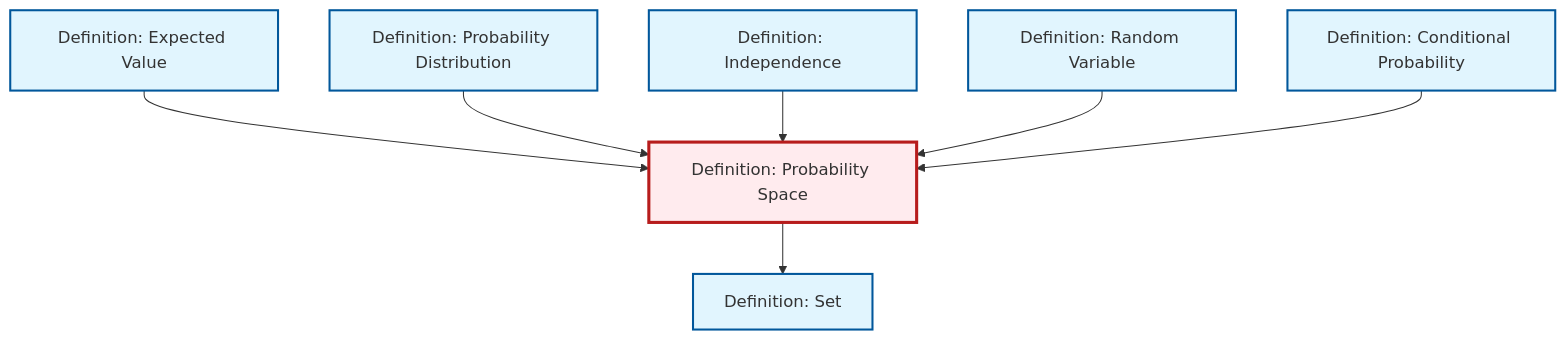
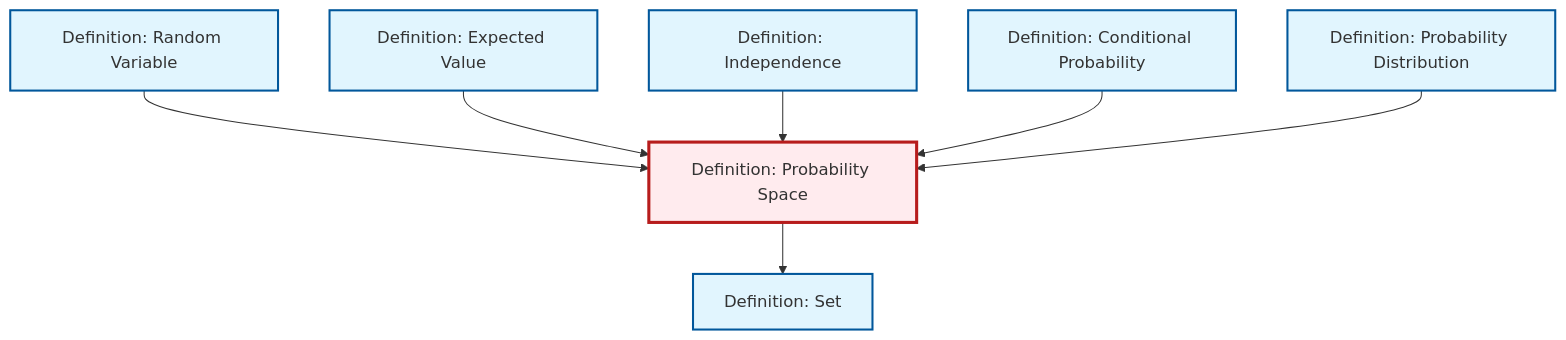
One commit to RK0429/ModernMath changed the diagram in content/en/probability-statistics/def-probability-space.qmd. Above: the diagram before and after it, drawn with Mermaid. The commit also changed other lines of this file and 1012 other files, not shown here.

````diff
--- a/content/en/probability-statistics/def-probability-space.qmd
+++ b/content/en/probability-statistics/def-probability-space.qmd
@@ -46,29 +46,29 @@
 ```{mermaid}
 %%| fig-cap: "Local dependency graph"
 graph TD
     classDef definition fill:#e1f5fe,stroke:#01579b,stroke-width:2px
     classDef theorem fill:#f3e5f5,stroke:#4a148c,stroke-width:2px
     classDef axiom fill:#fff3e0,stroke:#e65100,stroke-width:2px
     classDef example fill:#e8f5e9,stroke:#1b5e20,stroke-width:2px
     classDef current fill:#ffebee,stroke:#b71c1c,stroke-width:3px
+    def-probability-distribution["Definition: Probability Distribution"]:::definition
     def-expectation["Definition: Expected Value"]:::definition
     def-conditional-probability["Definition: Conditional Probability"]:::definition
     def-set["Definition: Set"]:::definition
     def-random-variable["Definition: Random Variable"]:::definition
+    def-independence["Definition: Independence"]:::definition
     def-probability-space["Definition: Probability Space"]:::definition
-    def-independence["Definition: Independence"]:::definition
-    def-probability-distribution["Definition: Probability Distribution"]:::definition
+    def-random-variable --> def-probability-space
     def-expectation --> def-probability-space
+    def-probability-space --> def-set
+    def-independence --> def-probability-space
+    def-conditional-probability --> def-probability-space
     def-probability-distribution --> def-probability-space
-    def-independence --> def-probability-space
-    def-random-variable --> def-probability-space
-    def-probability-space --> def-set
-    def-conditional-probability --> def-probability-space
     class def-probability-space current
+    click def-probability-distribution "def-probability-distribution.html" "Go to Probability Distribution definition"
     click def-expectation "def-expectation.html" "Go to Expected Value definition"
     click def-conditional-probability "def-conditional-probability.html" "Go to Conditional Probability definition"
     click def-set "def-set.html" "Go to Set definition"
     click def-random-variable "def-random-variable.html" "Go to Random Variable definition"
     click def-independence "def-independence.html" "Go to Independence definition"
-    click def-probability-distribution "def-probability-distribution.html" "Go to Probability Distribution definition"
 ```
````
